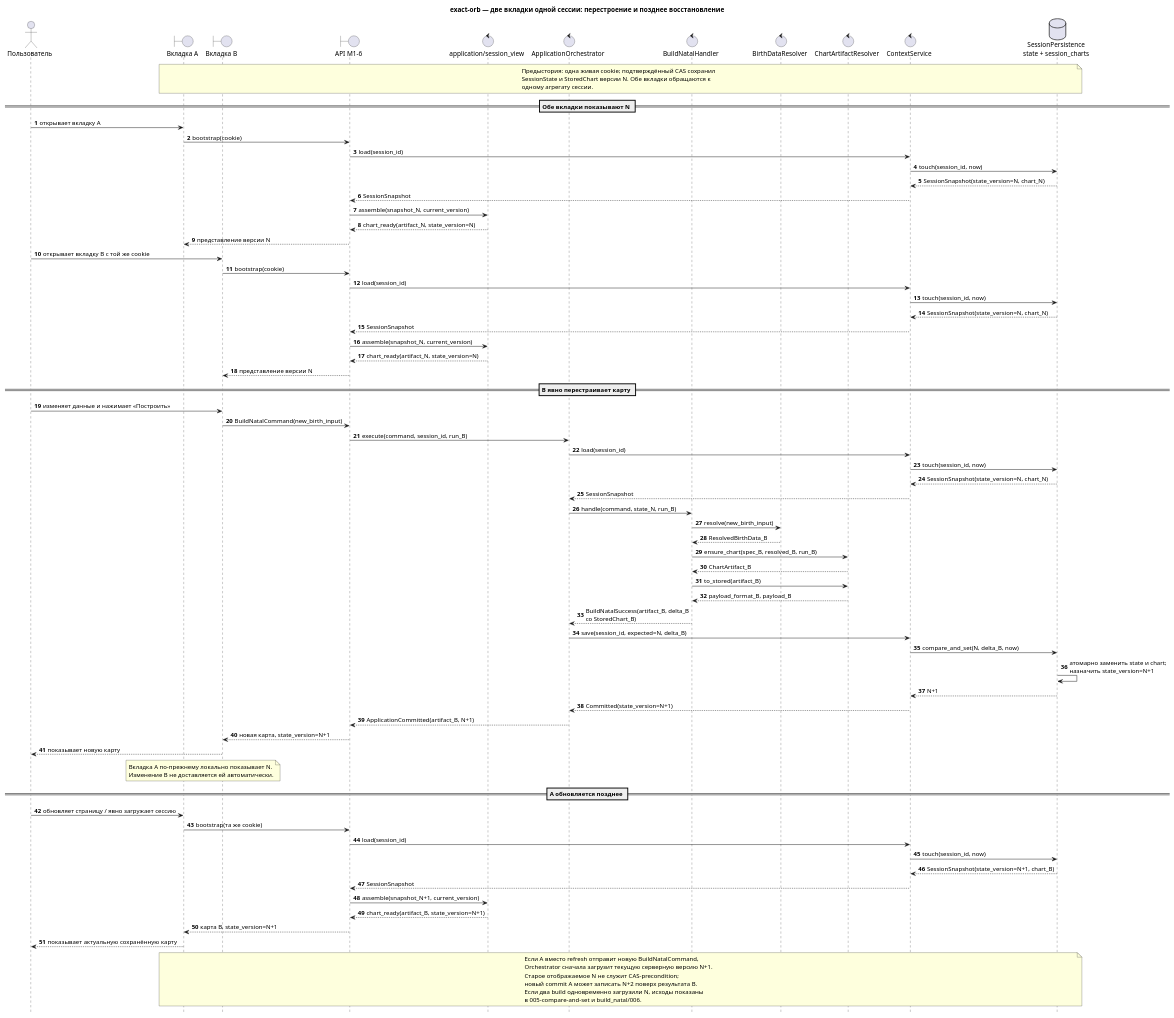
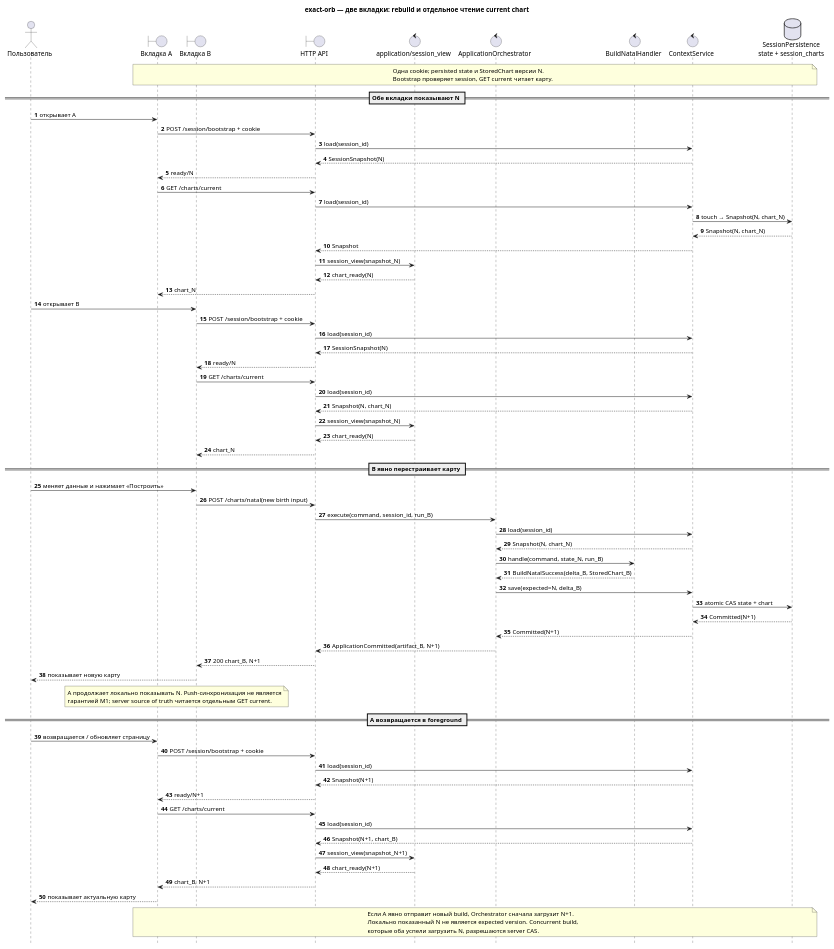
One commit to ksenia-baranova/exact-orb-demo changed the diagram in docs/sequence_diagrams/session/006-two-tabs-rebuild-and-restore.puml. Above: the diagram before and after it, drawn with PlantUML. The commit also changed 36 other files, not shown here.

First line of the commit message:
docs: define HTTP API and session middleware contract

```diff
--- a/docs/sequence_diagrams/session/006-two-tabs-rebuild-and-restore.puml
+++ b/docs/sequence_diagrams/session/006-two-tabs-rebuild-and-restore.puml
@@ -1,105 +1,95 @@
 @startuml
-title exact-orb — две вкладки одной сессии: перестроение и позднее восстановление
-
-' Целевой сценарий M1-5.2 + последующий transport M1-6.
-' Вкладки не получают push-обновления; CAS использует серверный load команды.
+title exact-orb — две вкладки: rebuild и отдельное чтение current chart
 
 autonumber
 hide footbox
 skinparam shadowing false
 skinparam responseMessageBelowArrow true
 
 actor "Пользователь" as User
 boundary "Вкладка A" as A
 boundary "Вкладка B" as B
-boundary "API M1-6" as API
+boundary "HTTP API" as API
 control "application/session_view" as View
 control "ApplicationOrchestrator" as Orch
 control "BuildNatalHandler" as Handler
-control "BirthDataResolver" as Birth
-control "ChartArtifactResolver" as Artifacts
 control "ContextService" as Context
 database "SessionPersistence\nstate + session_charts" as Store
 
 note over A, Store
-Предыстория: одна живая cookie; подтверждённый CAS сохранил
-SessionState и StoredChart версии N. Обе вкладки обращаются к
-одному агрегату сессии.
+Одна cookie; persisted state и StoredChart версии N.
+Bootstrap проверяет session, GET current читает карту.
 end note
 
 == Обе вкладки показывают N ==
 
-User -> A : открывает вкладку A
-A -> API : bootstrap(cookie)
+User -> A : открывает A
+A -> API : POST /session/bootstrap + cookie
 API -> Context : load(session_id)
-Context -> Store : touch(session_id, now)
-Store --> Context : SessionSnapshot(state_version=N, chart_N)
-Context --> API : SessionSnapshot
-API -> View : assemble(snapshot_N, current_version)
-View --> API : chart_ready(artifact_N, state_version=N)
-API --> A : представление версии N
+Context --> API : SessionSnapshot(N)
+API --> A : ready/N
+A -> API : GET /charts/current
+API -> Context : load(session_id)
+Context -> Store : touch → Snapshot(N, chart_N)
+Store --> Context : Snapshot(N, chart_N)
+Context --> API : Snapshot
+API -> View : session_view(snapshot_N)
+View --> API : chart_ready(N)
+API --> A : chart_N
 
-User -> B : открывает вкладку B с той же cookie
-B -> API : bootstrap(cookie)
+User -> B : открывает B
+B -> API : POST /session/bootstrap + cookie
 API -> Context : load(session_id)
-Context -> Store : touch(session_id, now)
-Store --> Context : SessionSnapshot(state_version=N, chart_N)
-Context --> API : SessionSnapshot
-API -> View : assemble(snapshot_N, current_version)
-View --> API : chart_ready(artifact_N, state_version=N)
-API --> B : представление версии N
+Context --> API : SessionSnapshot(N)
+API --> B : ready/N
+B -> API : GET /charts/current
+API -> Context : load(session_id)
+Context --> API : Snapshot(N, chart_N)
+API -> View : session_view(snapshot_N)
+View --> API : chart_ready(N)
+API --> B : chart_N
 
 == B явно перестраивает карту ==
 
-User -> B : изменяет данные и нажимает «Построить»
-B -> API : BuildNatalCommand(new_birth_input)
+User -> B : меняет данные и нажимает «Построить»
+B -> API : POST /charts/natal(new birth input)
 API -> Orch : execute(command, session_id, run_B)
 Orch -> Context : load(session_id)
-Context -> Store : touch(session_id, now)
-Store --> Context : SessionSnapshot(state_version=N, chart_N)
-Context --> Orch : SessionSnapshot
+Context --> Orch : Snapshot(N, chart_N)
 Orch -> Handler : handle(command, state_N, run_B)
-Handler -> Birth : resolve(new_birth_input)
-Birth --> Handler : ResolvedBirthData_B
-Handler -> Artifacts : ensure_chart(spec_B, resolved_B, run_B)
-Artifacts --> Handler : ChartArtifact_B
-Handler -> Artifacts : to_stored(artifact_B)
-Artifacts --> Handler : payload_format_B, payload_B
-Handler --> Orch : BuildNatalSuccess(artifact_B, delta_B\nсо StoredChart_B)
-Orch -> Context : save(session_id, expected=N, delta_B)
-Context -> Store : compare_and_set(N, delta_B, now)
-Store -> Store : атомарно заменить state и chart;\nназначить state_version=N+1
-Store --> Context : N+1
-Context --> Orch : Committed(state_version=N+1)
+Handler --> Orch : BuildNatalSuccess(delta_B, StoredChart_B)
+Orch -> Context : save(expected=N, delta_B)
+Context -> Store : atomic CAS state + chart
+Store --> Context : Committed(N+1)
+Context --> Orch : Committed(N+1)
 Orch --> API : ApplicationCommitted(artifact_B, N+1)
-API --> B : новая карта, state_version=N+1
+API --> B : 200 chart_B, N+1
 B --> User : показывает новую карту
 
 note over A, B
-Вкладка A по-прежнему локально показывает N.
-Изменение B не доставляется ей автоматически.
+A продолжает локально показывать N. Push-синхронизация не является
+гарантией M1; server source of truth читается отдельным GET current.
 end note
 
-== A обновляется позднее ==
+== A возвращается в foreground ==
 
-User -> A : обновляет страницу / явно загружает сессию
-A -> API : bootstrap(та же cookie)
+User -> A : возвращается / обновляет страницу
+A -> API : POST /session/bootstrap + cookie
 API -> Context : load(session_id)
-Context -> Store : touch(session_id, now)
-Store --> Context : SessionSnapshot(state_version=N+1, chart_B)
-Context --> API : SessionSnapshot
-API -> View : assemble(snapshot_N+1, current_version)
-View --> API : chart_ready(artifact_B, state_version=N+1)
-API --> A : карта B, state_version=N+1
-A --> User : показывает актуальную сохранённую карту
+Context --> API : Snapshot(N+1)
+API --> A : ready/N+1
+A -> API : GET /charts/current
+API -> Context : load(session_id)
+Context --> API : Snapshot(N+1, chart_B)
+API -> View : session_view(snapshot_N+1)
+View --> API : chart_ready(N+1)
+API --> A : chart_B, N+1
+A --> User : показывает актуальную карту
 
 note over A, Store
-Если A вместо refresh отправит новую BuildNatalCommand,
-Orchestrator сначала загрузит текущую серверную версию N+1.
-Старое отображаемое N не служит CAS-precondition;
-новый commit A может записать N+2 поверх результата B.
-Если два build одновременно загрузили N, исходы показаны
-в 005-compare-and-set и build_natal/006.
+Если A явно отправит новый build, Orchestrator сначала загрузит N+1.
+Локально показанный N не является expected version. Concurrent build,
+которые оба успели загрузить N, разрешаются server CAS.
 end note
 
 @enduml
```
